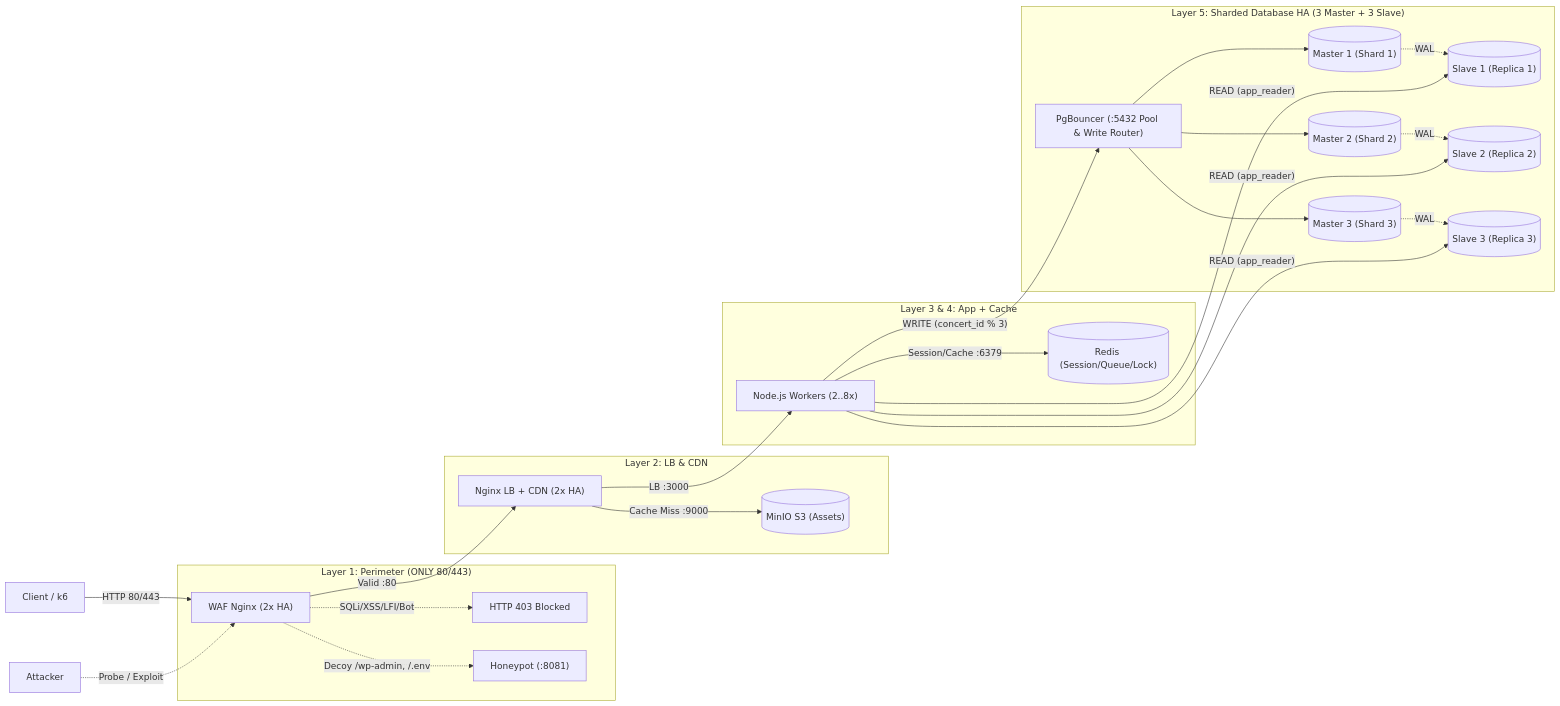
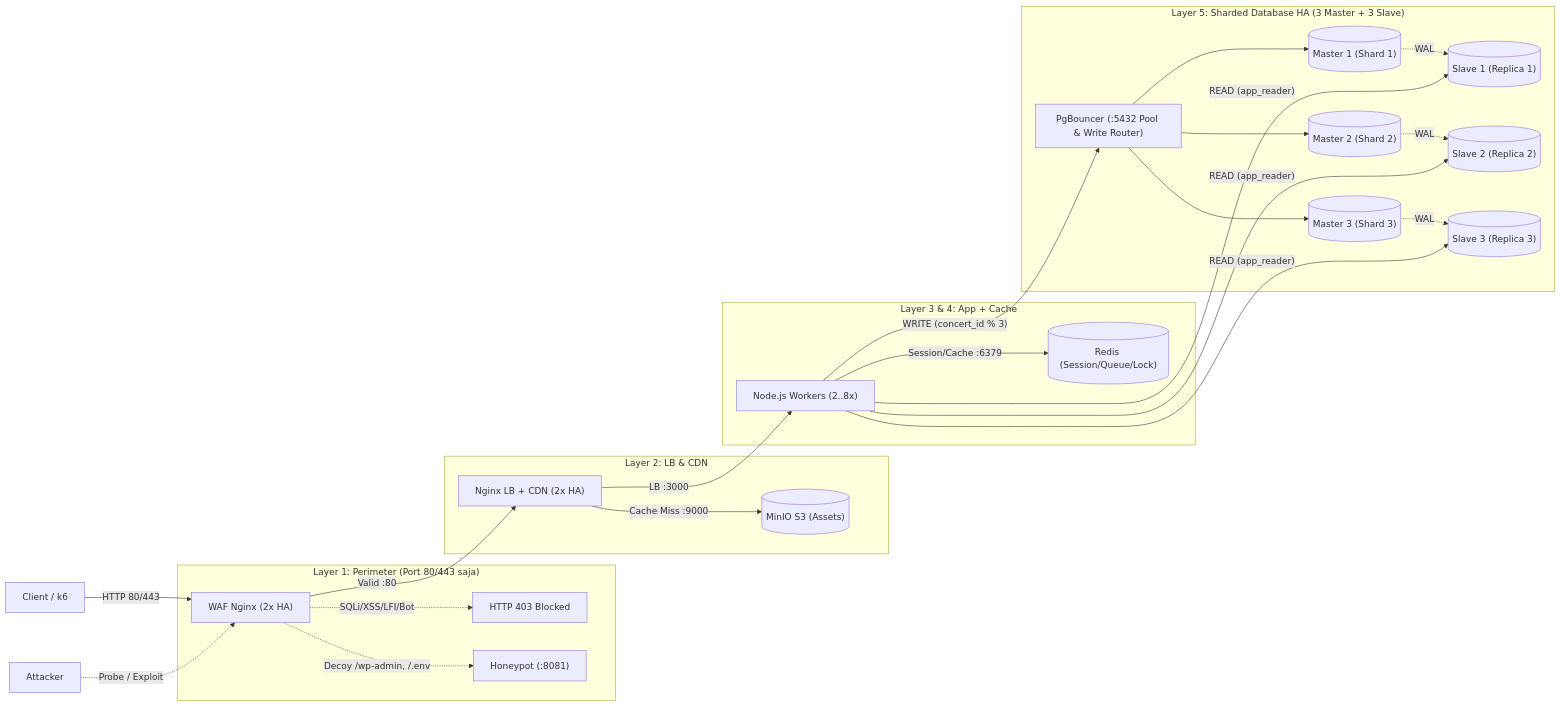
The diagram in README.md (Cahyooo69/Auto-Scaling-Load-Balancing), drawn with Mermaid before and after one commit. The commit also changed other lines of this file and 3 other files, not shown here.

````diff
--- a/README.md
+++ b/README.md
@@ -81,44 +32,44 @@
 ```mermaid
 flowchart LR
     U["Client / k6"] -->|"HTTP 80/443"| WAF
     ATK["Attacker"] -.->|"Probe / Exploit"| WAF
 
-    subgraph L1["Layer 1: Perimeter (ONLY 80/443)"]
+    subgraph L1["Layer 1: Perimeter (Port 80/443 saja)"]
         WAF["WAF Nginx (2x HA)"]
         BLK["HTTP 403 Blocked"]
         HP["Honeypot (:8081)"]
         WAF -.->|"SQLi/XSS/LFI/Bot"| BLK
         WAF -.->|"Decoy /wp-admin, /.env"| HP
     end
 
     subgraph L2["Layer 2: LB & CDN"]
         NGINX["Nginx LB + CDN (2x HA)"]
         MINIO[("MinIO S3 (Assets)")]
         NGINX -->|"Cache Miss :9000"| MINIO
     end
 
     subgraph L34["Layer 3 & 4: App + Cache"]
         APP["Node.js Workers (2..8x)"]
         REDIS[("Redis (Session/Queue/Lock)")]
         APP -->|"Session/Cache :6379"| REDIS
     end
 
     subgraph L5["Layer 5: Sharded Database HA (3 Master + 3 Slave)"]
         PGB["PgBouncer (:5432 Pool & Write Router)"]
         M1[("Master 1 (Shard 1)")]
         S1[("Slave 1 (Replica 1)")]
         M2[("Master 2 (Shard 2)")]
         S2[("Slave 2 (Replica 2)")]
         M3[("Master 3 (Shard 3)")]
         S3[("Slave 3 (Replica 3)")]
         PGB --> M1 & M2 & M3
         M1 -.->|"WAL"| S1
         M2 -.->|"WAL"| S2
         M3 -.->|"WAL"| S3
     end
 
     WAF -->|"Valid :80"| NGINX
     NGINX -->|"LB :3000"| APP
     APP -->|"WRITE (concert_id % 3)"| PGB
     APP -->|"READ (app_reader)"| S1 & S2 & S3
 ```
````
